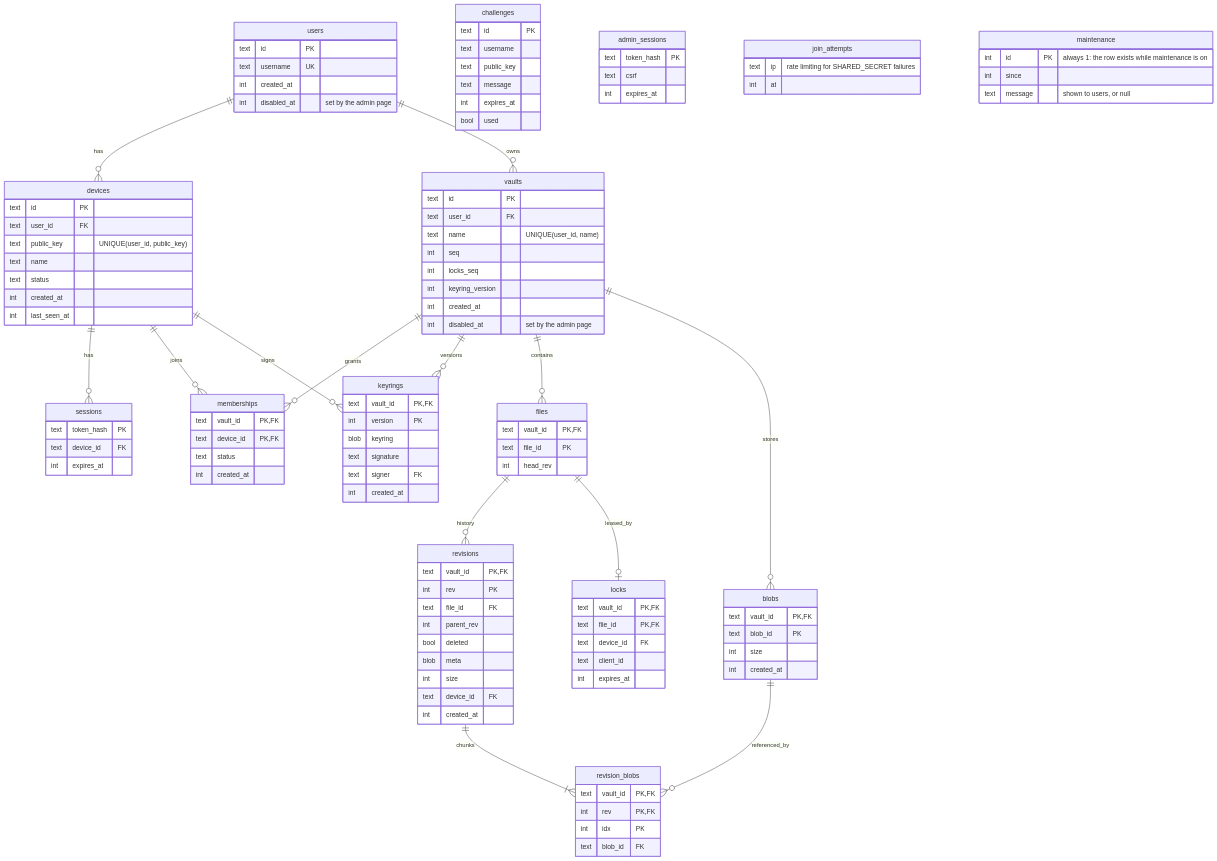
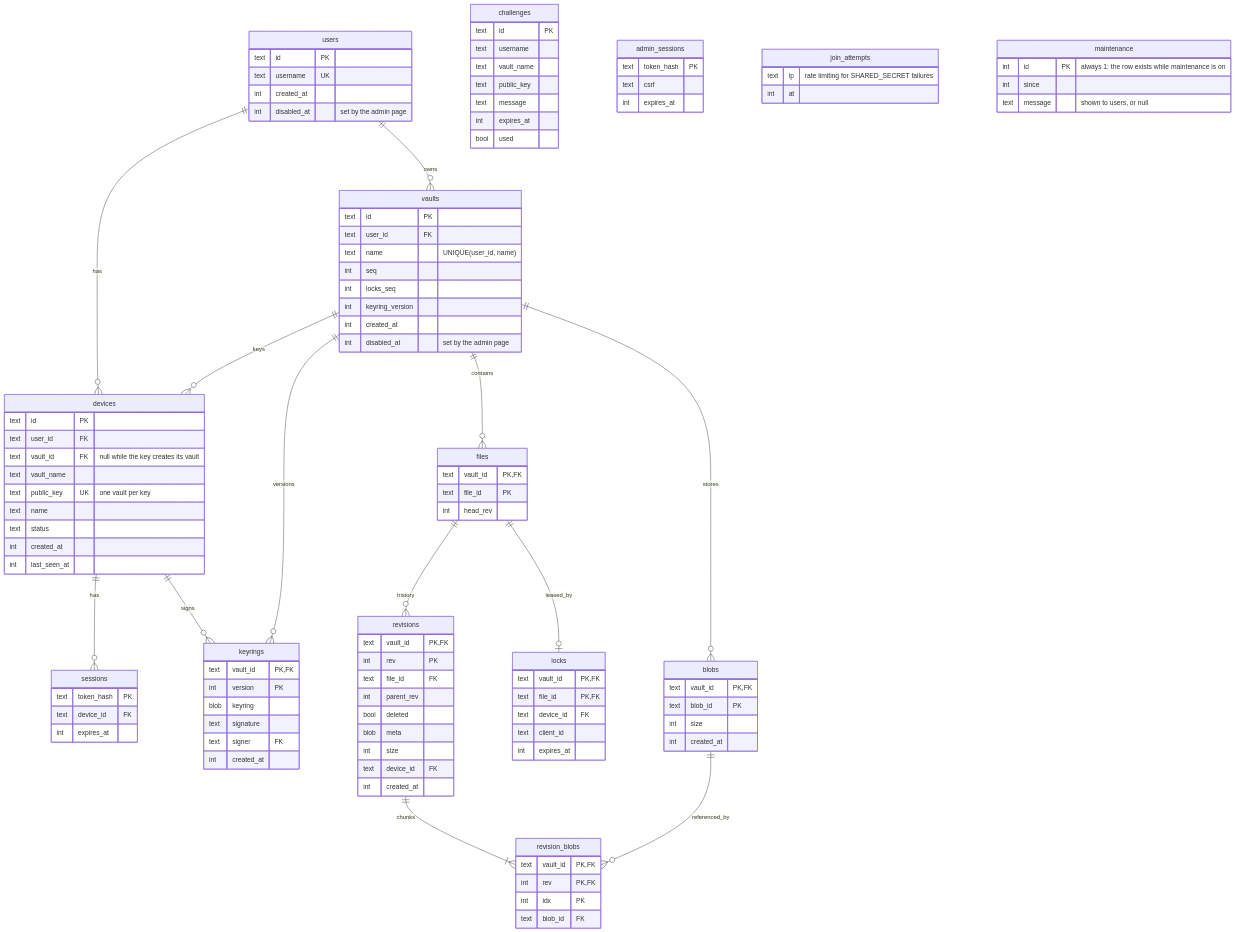
The second of 3 diagrams in docs/architecture.md (ibehren1/obsidian-vault-syncryption), drawn with Mermaid before and after one commit. The commit also changed other lines of this file and 51 other files, not shown here.

````diff
--- a/docs/architecture.md
+++ b/docs/architecture.md
@@ -64,10 +64,9 @@
 ```mermaid
 erDiagram
     users ||--o{ devices : has
+    vaults ||--o{ devices : keys
     users ||--o{ vaults : owns
     devices ||--o{ sessions : has
-    devices ||--o{ memberships : joins
-    vaults ||--o{ memberships : grants
     vaults ||--o{ keyrings : versions
     devices ||--o{ keyrings : signs
     vaults ||--o{ files : contains
@@ -86,7 +85,9 @@
     devices {
         text id PK
         text user_id FK
-        text public_key "UNIQUE(user_id, public_key)"
+        text vault_id FK "null while the key creates its vault"
+        text vault_name
+        text public_key UK "one vault per key"
         text name
         text status
         int created_at
@@ -100,6 +101,7 @@
     challenges {
         text id PK
         text username
+        text vault_name
         text public_key
         text message
         int expires_at
@@ -114,12 +116,6 @@
         int keyring_version
         int created_at
         int disabled_at "set by the admin page"
-    }
-    memberships {
-        text vault_id PK, FK
-        text device_id PK, FK
-        text status
-        int created_at
     }
     keyrings {
         text vault_id PK, FK
````
